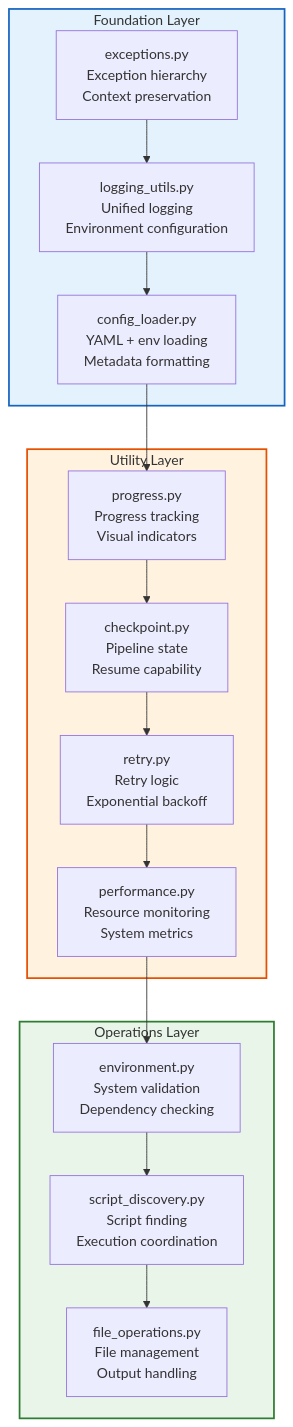
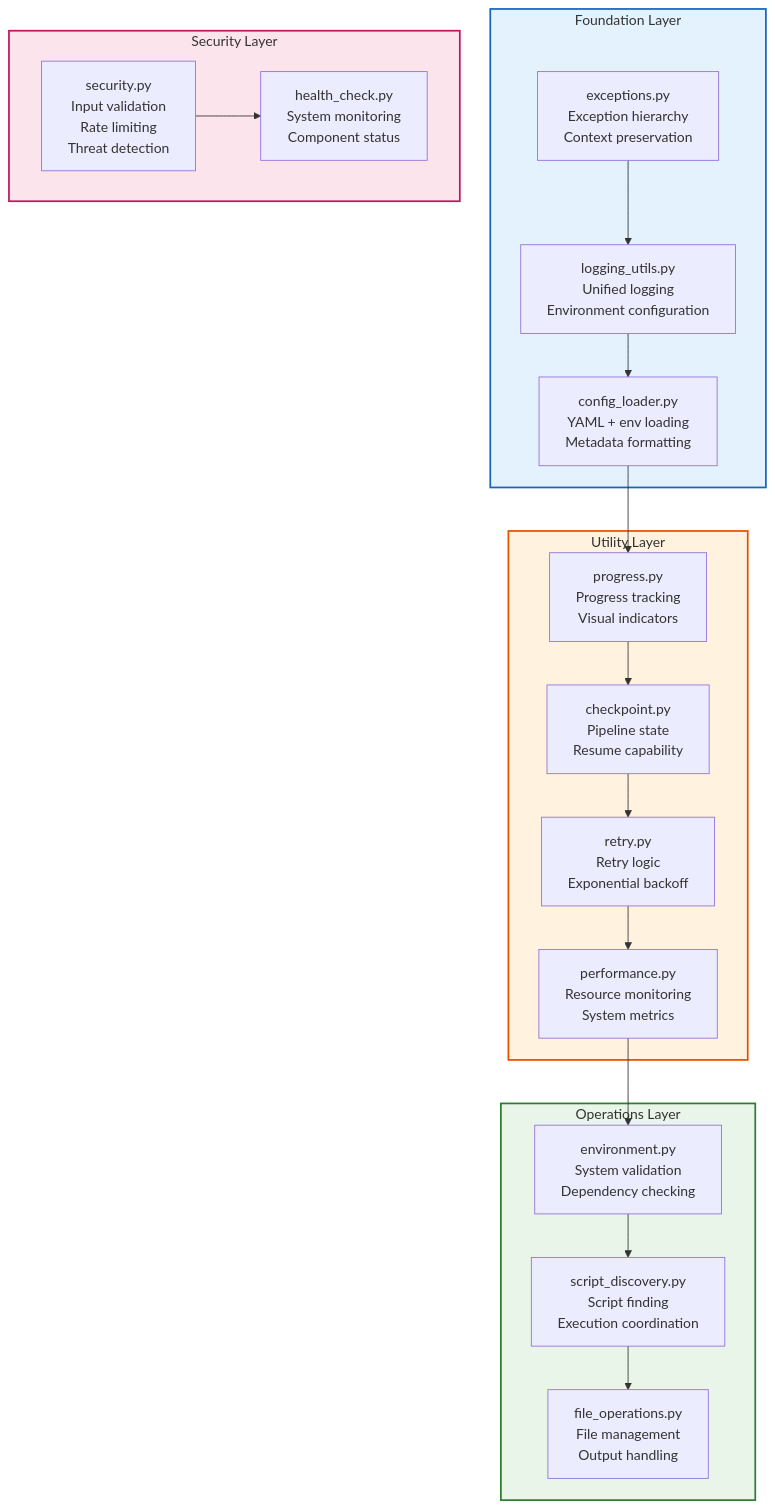
One commit to docxology/template changed the first of 5 diagrams in infrastructure/core/README.md. Above: the diagram before and after it, drawn with Mermaid. The commit also changed other lines of this file and 512 other files, not shown here.

````diff
--- a/infrastructure/core/README.md
+++ b/infrastructure/core/README.md
@@ -36,39 +36,47 @@
 ```mermaid
 graph TD
     subgraph Foundation["Foundation Layer"]
         EXCEPTIONS[exceptions.py<br/>Exception hierarchy<br/>Context preservation]
         LOGGING[logging_utils.py<br/>Unified logging<br/>Environment configuration]
         CONFIG[config_loader.py<br/>YAML + env loading<br/>Metadata formatting]
     end
 
     subgraph Utilities["Utility Layer"]
         PROGRESS[progress.py<br/>Progress tracking<br/>Visual indicators]
         CHECKPOINT[checkpoint.py<br/>Pipeline state<br/>Resume capability]
         RETRY[retry.py<br/>Retry logic<br/>Exponential backoff]
         PERFORMANCE[performance.py<br/>Resource monitoring<br/>System metrics]
     end
 
     subgraph Operations["Operations Layer"]
         ENVIRONMENT[environment.py<br/>System validation<br/>Dependency checking]
         SCRIPTS[script_discovery.py<br/>Script finding<br/>Execution coordination]
         FILES[file_operations.py<br/>File management<br/>Output handling]
     end
 
+    subgraph Security["Security Layer"]
+        SECURITY[security.py<br/>Input validation<br/>Rate limiting<br/>Threat detection]
+        HEALTH[health_check.py<br/>System monitoring<br/>Component status]
+    end
+
     EXCEPTIONS --> LOGGING
     LOGGING --> CONFIG
     CONFIG --> PROGRESS
     PROGRESS --> CHECKPOINT
     CHECKPOINT --> RETRY
     RETRY --> PERFORMANCE
     PERFORMANCE --> ENVIRONMENT
     ENVIRONMENT --> SCRIPTS
     SCRIPTS --> FILES
+    SECURITY --> HEALTH
 
     classDef foundation fill:#e3f2fd,stroke:#1565c0,stroke-width:2px
     classDef utilities fill:#fff3e0,stroke:#e65100,stroke-width:2px
     classDef operations fill:#e8f5e8,stroke:#2e7d32,stroke-width:2px
+    classDef security fill:#fce4ec,stroke:#c2185b,stroke-width:2px
 
     class Foundation foundation
     class Utilities utilities
     class Operations operations
+    class Security security
 ```
````
